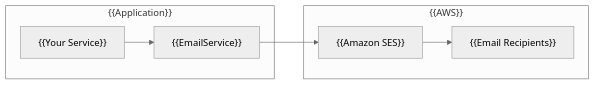
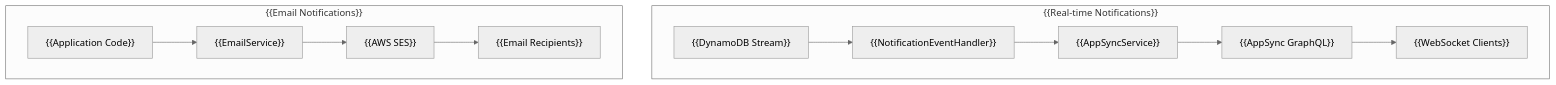
Before and after one commit to mbc-net/mbc-cqrs-serverless-doc: the diagram in docs/notification-module.md, drawn with Mermaid (neutral theme). The commit also changed other lines of this file and 45 other files, not shown here.

````diff
--- a/docs/notification-module.md
+++ b/docs/notification-module.md
@@ -11,11 +14,15 @@
 ```mermaid
-graph LR
-    subgraph "{{Application}}"
-        A["{{Your Service}}"] --> B["{{EmailService}}"]
+graph TB
+    subgraph "{{Real-time Notifications}}"
+        A["{{DynamoDB Stream}}"] --> B["{{NotificationEventHandler}}"]
+        B --> C["{{AppSyncService}}"]
+        C --> D["{{AppSync GraphQL}}"]
+        D --> E["{{WebSocket Clients}}"]
     end
 
-    subgraph "{{AWS}}"
-        B --> C["{{Amazon SES}}"]
-        C --> D["{{Email Recipients}}"]
+    subgraph "{{Email Notifications}}"
+        F["{{Application Code}}"] --> G["{{EmailService}}"]
+        G --> H["{{AWS SES}}"]
+        H --> I["{{Email Recipients}}"]
     end
 ```
````
